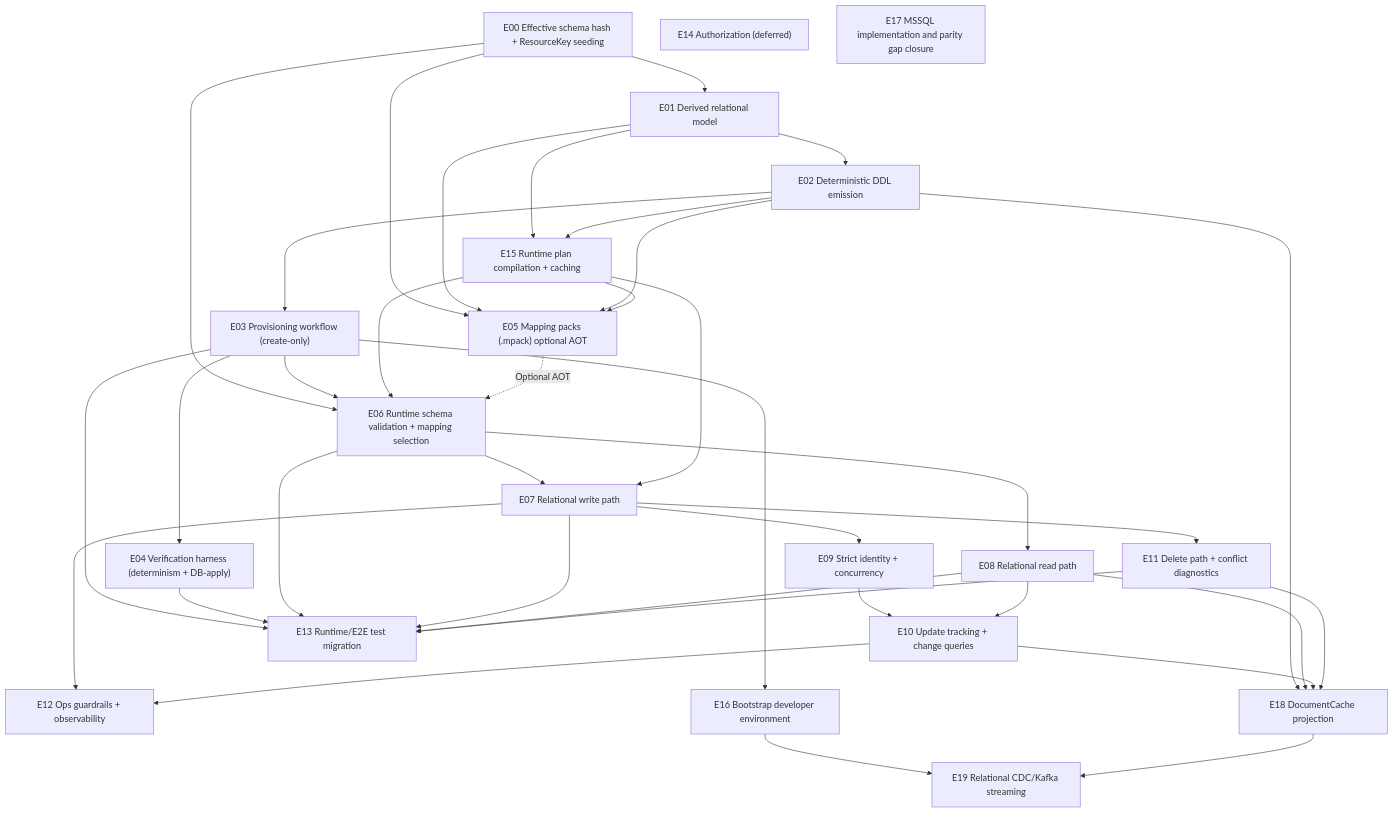
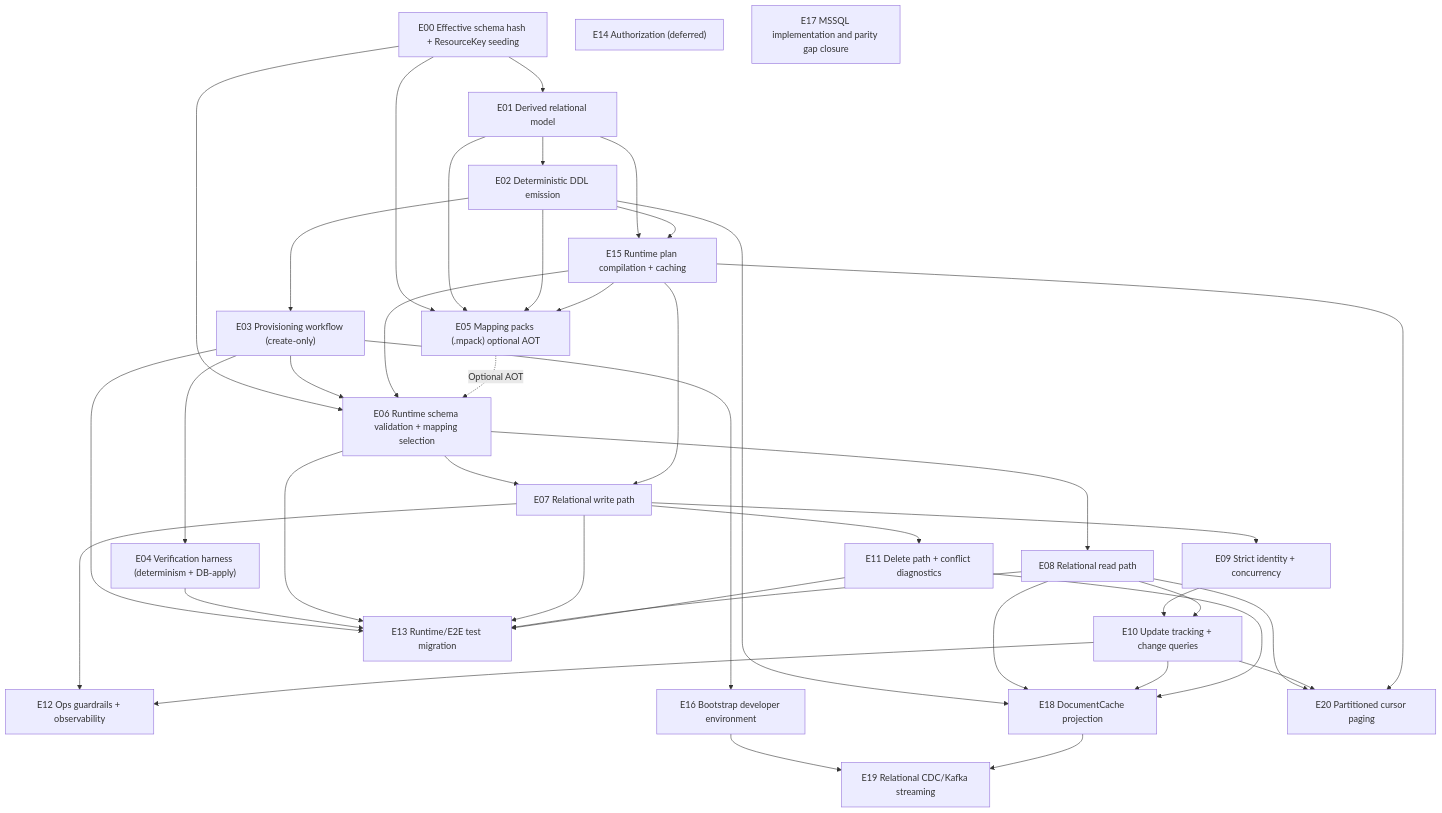
One commit to Ed-Fi-Alliance-OSS/Data-Management-Service changed the diagram in reference/design/backend-redesign/epics/DEPENDENCIES.md. Above: the diagram before and after it, drawn with Mermaid. The commit also changed other lines of this file and 15 other files, not shown here.

First line of the commit message:
[DMS-1349] Design partitioned cursor paging (#1148)

````diff
--- a/reference/design/backend-redesign/epics/DEPENDENCIES.md
+++ b/reference/design/backend-redesign/epics/DEPENDENCIES.md
@@ -26,65 +26,70 @@
 ```mermaid
 graph TD
   E00["E00 Effective schema hash + ResourceKey seeding"]
   E01["E01 Derived relational model"]
   E02["E02 Deterministic DDL emission"]
   E03["E03 Provisioning workflow (create-only)"]
   E04["E04 Verification harness (determinism + DB-apply)"]
   E05["E05 Mapping packs (.mpack) optional AOT"]
   E06["E06 Runtime schema validation + mapping selection"]
   E07["E07 Relational write path"]
   E08["E08 Relational read path"]
   E09["E09 Strict identity + concurrency"]
   E10["E10 Update tracking + change queries"]
   E11["E11 Delete path + conflict diagnostics"]
   E12["E12 Ops guardrails + observability"]
   E13["E13 Runtime/E2E test migration"]
   E14["E14 Authorization (deferred)"]
   E15["E15 Runtime plan compilation + caching"]
   E16["E16 Bootstrap developer environment"]
   E17["E17 MSSQL implementation and parity gap closure"]
   E18["E18 DocumentCache projection"]
   E19["E19 Relational CDC/Kafka streaming"]
+  E20["E20 Partitioned cursor paging"]
 
   E00 --> E01 --> E02 --> E03 --> E04
 
   E01 --> E15
   E02 --> E15
 
   E00 --> E05
   E01 --> E05
   E02 --> E05
   E15 --> E05
 
   E00 --> E06
   E03 --> E06
   E15 --> E06
   E05 -. Optional AOT .-> E06
 
   E06 --> E07 --> E09 --> E10
   E15 --> E07
   E06 --> E08 --> E10
   E07 --> E11
   E07 --> E12
   E10 --> E12
 
   E03 --> E13
   E04 --> E13
   E06 --> E13
   E07 --> E13
   E08 --> E13
   E11 --> E13
 
   E03 --> E16
 
   E02 --> E18
   E08 --> E18
   E10 --> E18
   E11 --> E18
 
   E16 --> E19
   E18 --> E19
 
+  E08 --> E20
+  E10 --> E20
+  E15 --> E20
+
   E14
   E17
 ```
````
